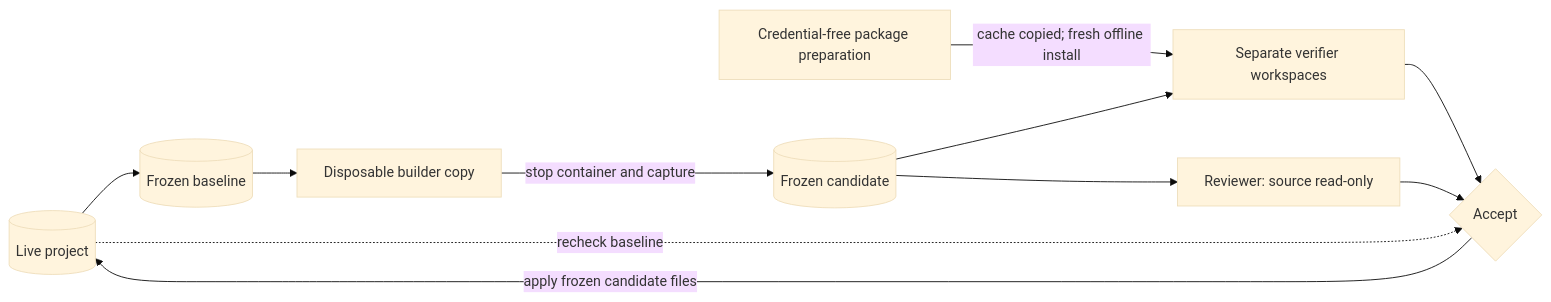
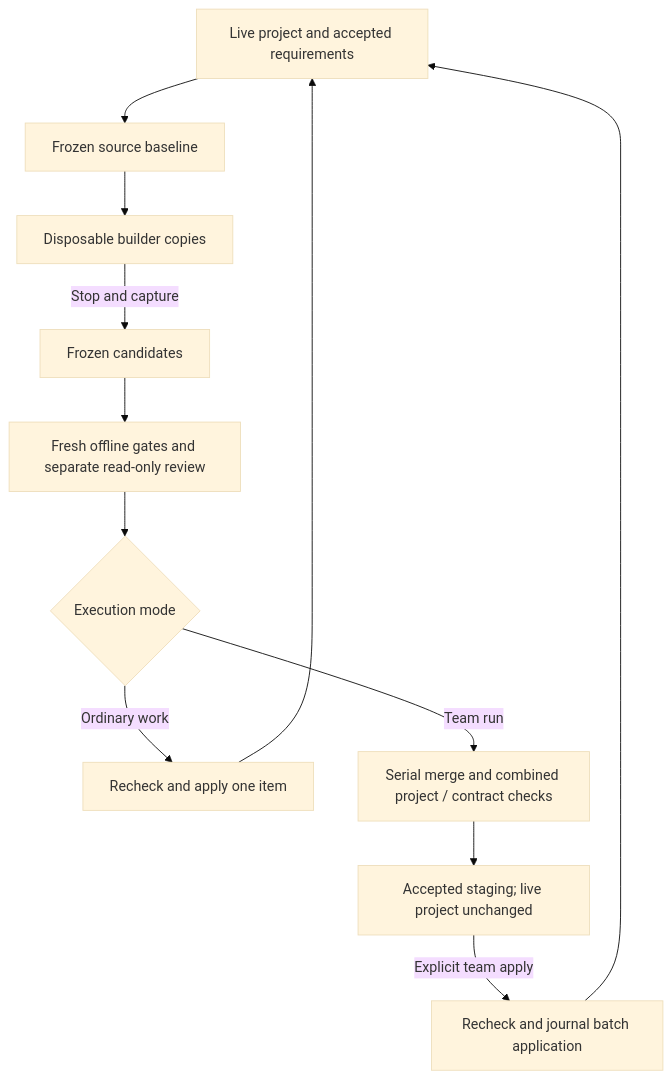
The diagram in README.md (BleOdel/agent-harness), drawn with Mermaid (base theme) before and after one commit. The commit also changed other lines of this file and 22 other files, not shown here.

Commit message:
Update M6 documentation and consolidate redundant diagrams

````diff
--- a/README.md
+++ b/README.md
@@ -58,13 +61,14 @@
 ```mermaid
-flowchart LR
-  P[(Live project)] --> B[(Frozen baseline)]
-  B --> W[Disposable builder copy]
-  W -->|stop container and capture| C[(Frozen candidate)]
-  D[Credential-free package preparation] -->|cache copied; fresh offline install| G[Separate verifier workspaces]
-  C --> G
-  C --> R[Reviewer: source read-only]
-  G --> A{Accept}
-  R --> A
-  P -. recheck baseline .-> A
-  A -->|apply frozen candidate files| P
+flowchart TD
+  P["Live project and accepted requirements"] --> B["Frozen source baseline"]
+  B --> W["Disposable builder copies"]
+  W -->|Stop and capture| C["Frozen candidates"]
+  C --> G["Fresh offline gates and separate read-only review"]
+  G --> O{"Execution mode"}
+  O -->|Ordinary work| A["Recheck and apply one item"]
+  O -->|Team run| I["Serial merge and combined project / contract checks"]
+  I --> S["Accepted staging; live project unchanged"]
+  S -->|Explicit team apply| J["Recheck and journal batch application"]
+  A --> P
+  J --> P
 ```
````
